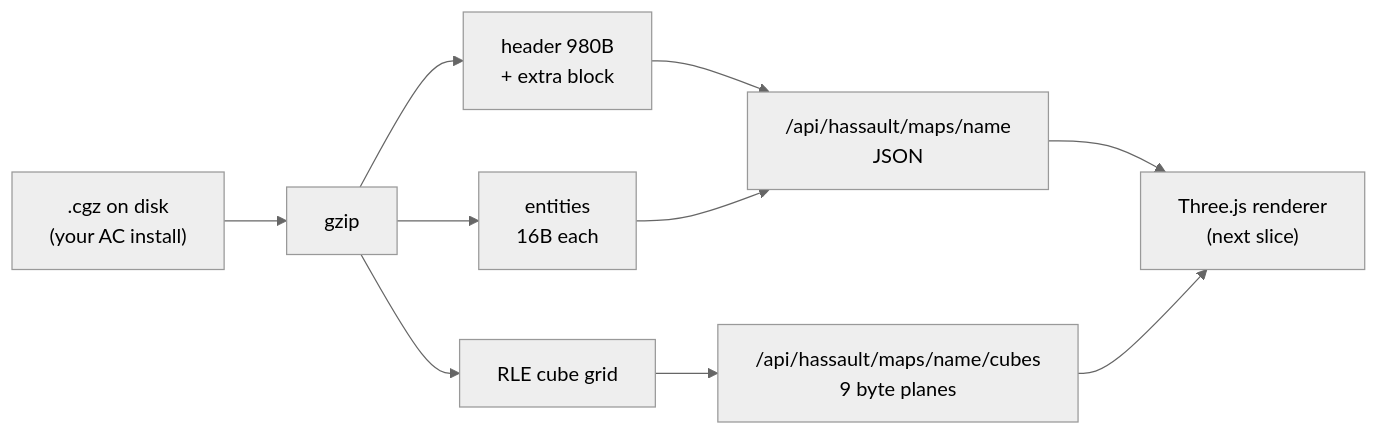
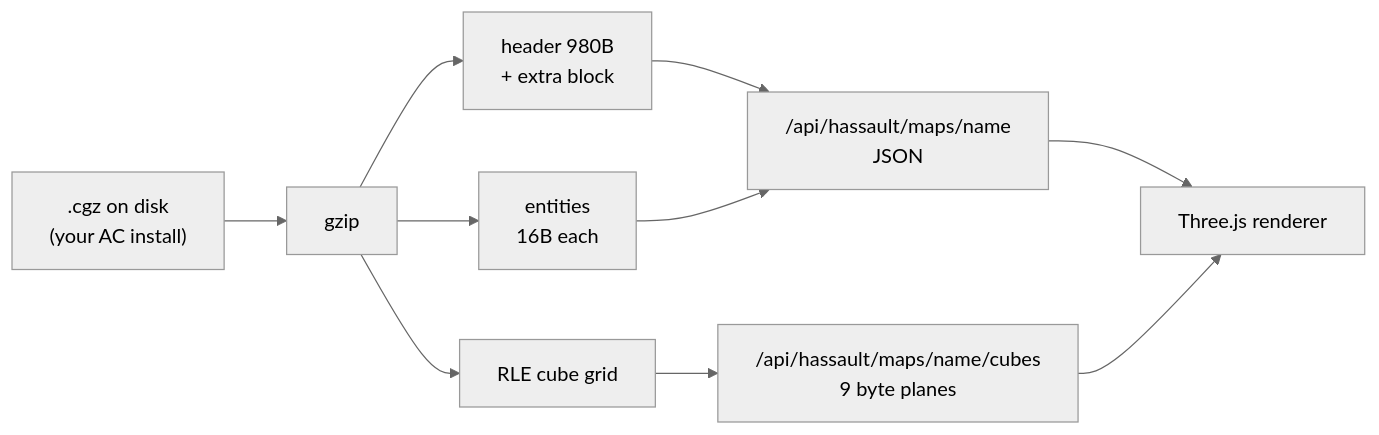
One commit to ConstCorrectness/horrible-dashboard changed the first of 4 diagrams in docs/modules/hassault.mdx. Above: the diagram before and after it, drawn with Mermaid (neutral theme). The commit also changed other lines of this file and 29 other files, not shown here.

````diff
--- a/docs/modules/hassault.mdx
+++ b/docs/modules/hassault.mdx
@@ -48,12 +49,12 @@
 ```mermaid
 flowchart LR
   A[".cgz on disk<br/>(your AC install)"] --> B["gzip"]
   B --> C["header 980B<br/>+ extra block"]
   B --> D["entities<br/>16B each"]
   B --> E["RLE cube grid"]
   C --> F["/api/hassault/maps/name<br/>JSON"]
   D --> F
   E --> G["/api/hassault/maps/name/cubes<br/>9 byte planes"]
-  F --> H["Three.js renderer<br/>(next slice)"]
+  F --> H["Three.js renderer"]
   G --> H
 ```
````
